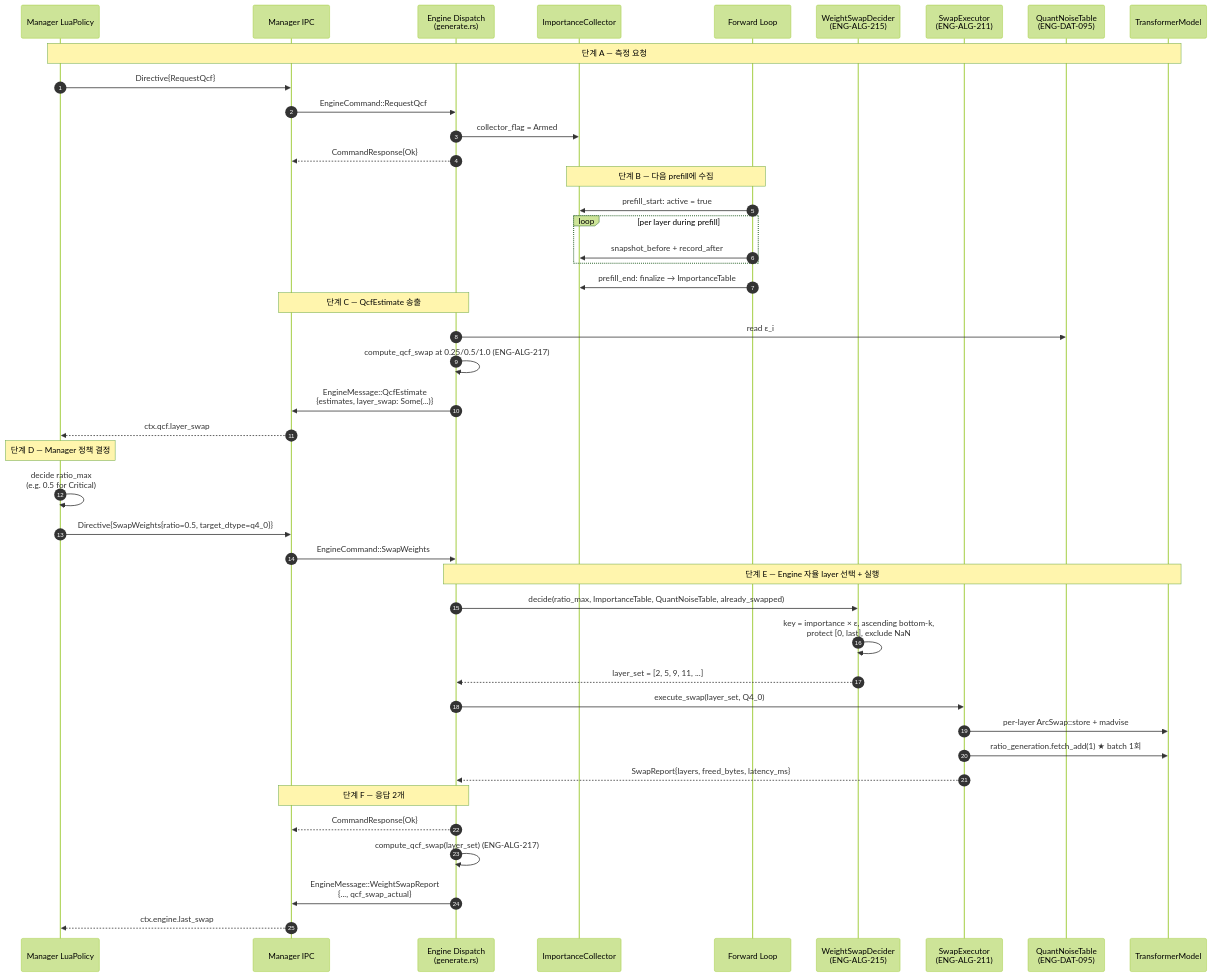
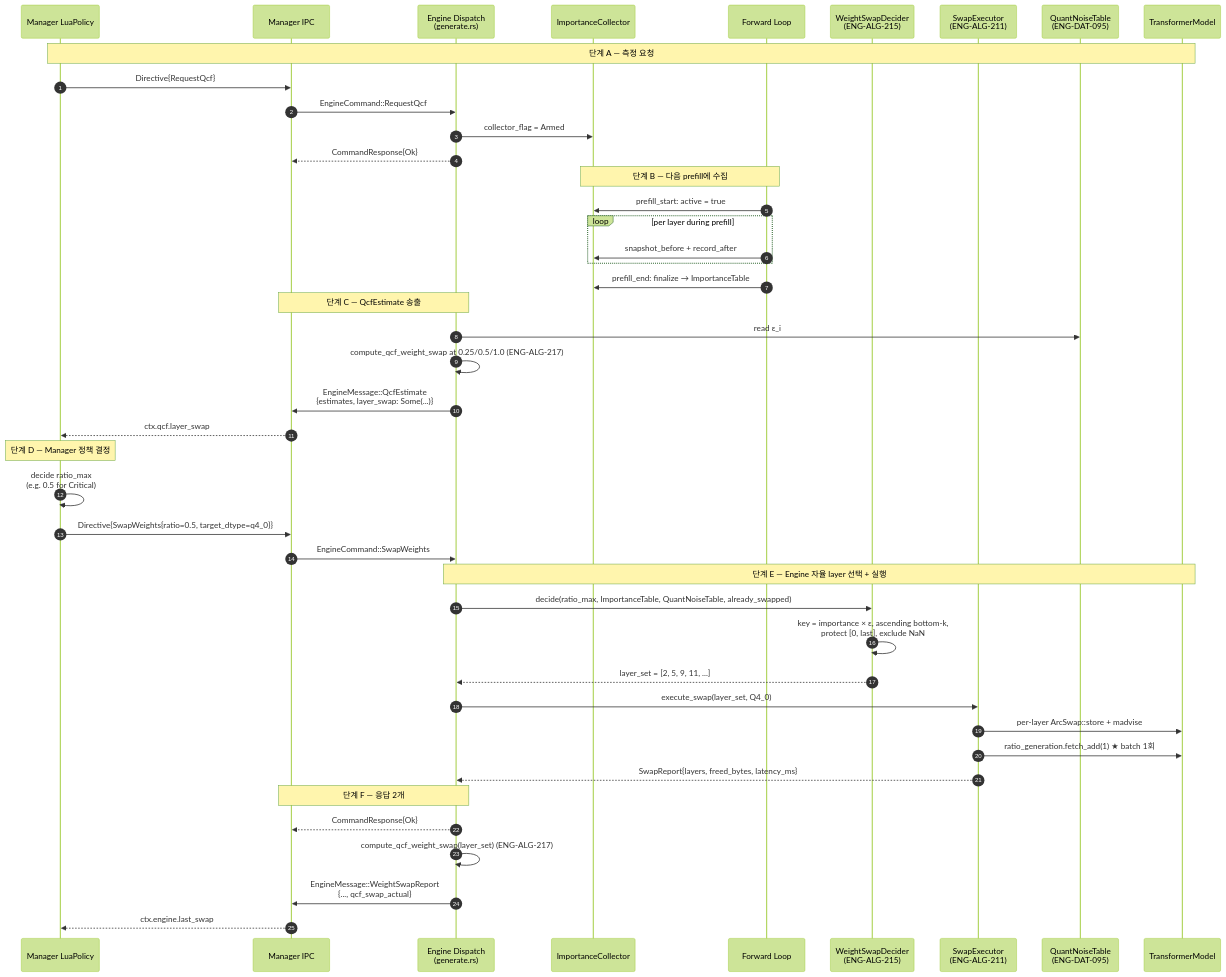
Before and after one commit to hedone21/llm_rs2: diagram 11 of 24 in arch/weight_swap.md, drawn with Mermaid (forest theme). The commit also changed 21 other files, not shown here.

````diff
--- a/arch/weight_swap.md
+++ b/arch/weight_swap.md
@@ -1006,52 +1006,52 @@
 ```mermaid
 sequenceDiagram
     autonumber
     participant MLUA as Manager LuaPolicy
     participant MIPC as Manager IPC
     participant EIPC as Engine Dispatch<br/>(generate.rs)
     participant IC as ImportanceCollector
     participant Fwd as Forward Loop
     participant DEC as WeightSwapDecider<br/>(ENG-ALG-215)
     participant EXE as SwapExecutor<br/>(ENG-ALG-211)
     participant QNT as QuantNoiseTable<br/>(ENG-DAT-095)
     participant Model as TransformerModel
 
     Note over MLUA,Model: 단계 A — 측정 요청
     MLUA->>MIPC: Directive{RequestQcf}
     MIPC->>EIPC: EngineCommand::RequestQcf
     EIPC->>IC: collector_flag = Armed
     EIPC-->>MIPC: CommandResponse{Ok}
 
     Note over Fwd,IC: 단계 B — 다음 prefill에 수집
     Fwd->>IC: prefill_start: active = true
     loop per layer during prefill
         Fwd->>IC: snapshot_before + record_after
     end
     Fwd->>IC: prefill_end: finalize → ImportanceTable
 
     Note over EIPC,MIPC: 단계 C — QcfEstimate 송출
     EIPC->>QNT: read ε_i
-    EIPC->>EIPC: compute_qcf_swap at 0.25/0.5/1.0 (ENG-ALG-217)
+    EIPC->>EIPC: compute_qcf_weight_swap at 0.25/0.5/1.0 (ENG-ALG-217)
     EIPC->>MIPC: EngineMessage::QcfEstimate<br/>{estimates, layer_swap: Some(...)}
     MIPC-->>MLUA: ctx.qcf.layer_swap
 
     Note over MLUA: 단계 D — Manager 정책 결정
     MLUA->>MLUA: decide ratio_max<br/>(e.g. 0.5 for Critical)
     MLUA->>MIPC: Directive{SwapWeights{ratio=0.5, target_dtype=q4_0}}
     MIPC->>EIPC: EngineCommand::SwapWeights
 
     Note over EIPC,Model: 단계 E — Engine 자율 layer 선택 + 실행
     EIPC->>DEC: decide(ratio_max, ImportanceTable, QuantNoiseTable, already_swapped)
     DEC->>DEC: key = importance × ε, ascending bottom-k,<br/>protect [0, last], exclude NaN
     DEC-->>EIPC: layer_set = [2, 5, 9, 11, ...]
     EIPC->>EXE: execute_swap(layer_set, Q4_0)
     EXE->>Model: per-layer ArcSwap::store + madvise
     EXE->>Model: ratio_generation.fetch_add(1)  ★ batch 1회
     EXE-->>EIPC: SwapReport{layers, freed_bytes, latency_ms}
 
     Note over EIPC,MIPC: 단계 F — 응답 2개
     EIPC-->>MIPC: CommandResponse{Ok}
-    EIPC->>EIPC: compute_qcf_swap(layer_set) (ENG-ALG-217)
+    EIPC->>EIPC: compute_qcf_weight_swap(layer_set) (ENG-ALG-217)
     EIPC->>MIPC: EngineMessage::WeightSwapReport<br/>{..., qcf_swap_actual}
     MIPC-->>MLUA: ctx.engine.last_swap
 ```
````
